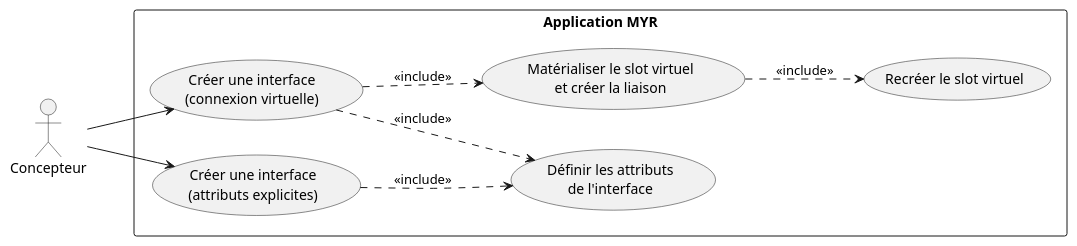
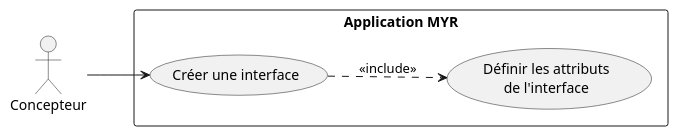
One commit to myr-forge/myr-core changed the first of 2 diagrams in specs/2-Analyse/UCAM-Assemblage_Module/UCAM03.md. Above: the diagram before and after it, drawn with PlantUML. The commit also changed other lines of this file and 49 other files, not shown here.

````diff
--- a/specs/2-Analyse/UCAM-Assemblage_Module/UCAM03.md
+++ b/specs/2-Analyse/UCAM-Assemblage_Module/UCAM03.md
@@ -26,23 +25,16 @@
 ```plantuml
 @startuml
 left to right direction
 
 actor "Concepteur" as C
 
 rectangle "Application MYR" {
-    usecase "Créer une interface\n(connexion virtuelle)" as UC1
-    usecase "Créer une interface\n(attributs explicites)" as UC2
-    usecase "Définir les attributs\nde l'interface" as UC3
-    usecase "Matérialiser le slot virtuel\net créer la liaison" as UC4
-    usecase "Recréer le slot virtuel" as UC5
+    usecase "Créer une interface" as UC1
+    usecase "Définir les attributs\nde l'interface" as UC2
 }
 
 C --> UC1
-C --> UC2
-UC1 ..> UC3 : <<include>>
-UC2 ..> UC3 : <<include>>
-UC1 ..> UC4 : <<include>>
-UC4 ..> UC5 : <<include>>
+UC1 ..> UC2 : <<include>>
 
 @enduml
 ```
````
